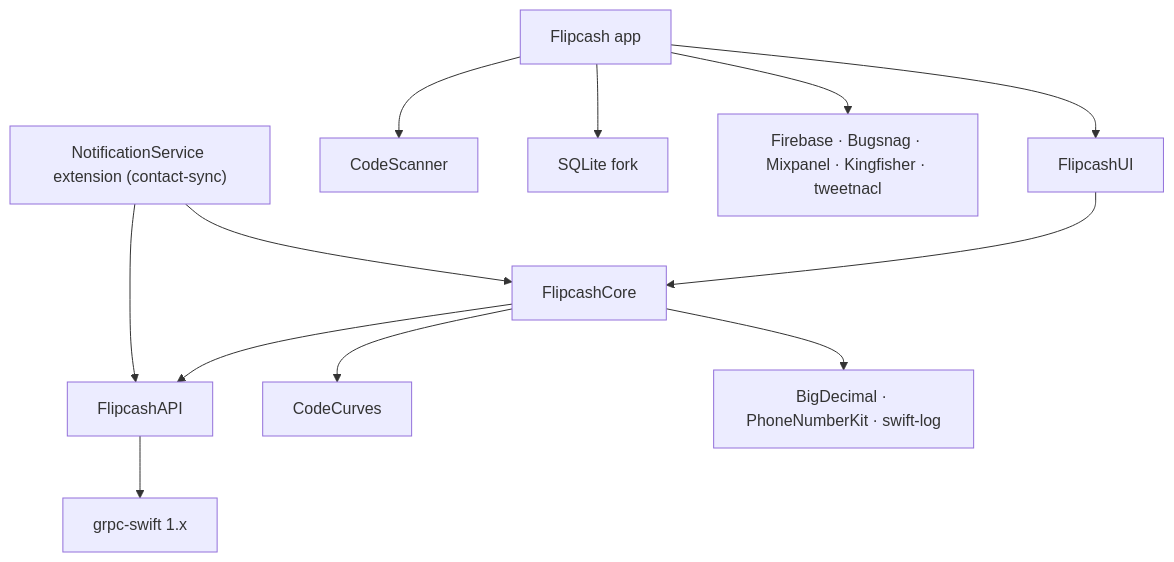
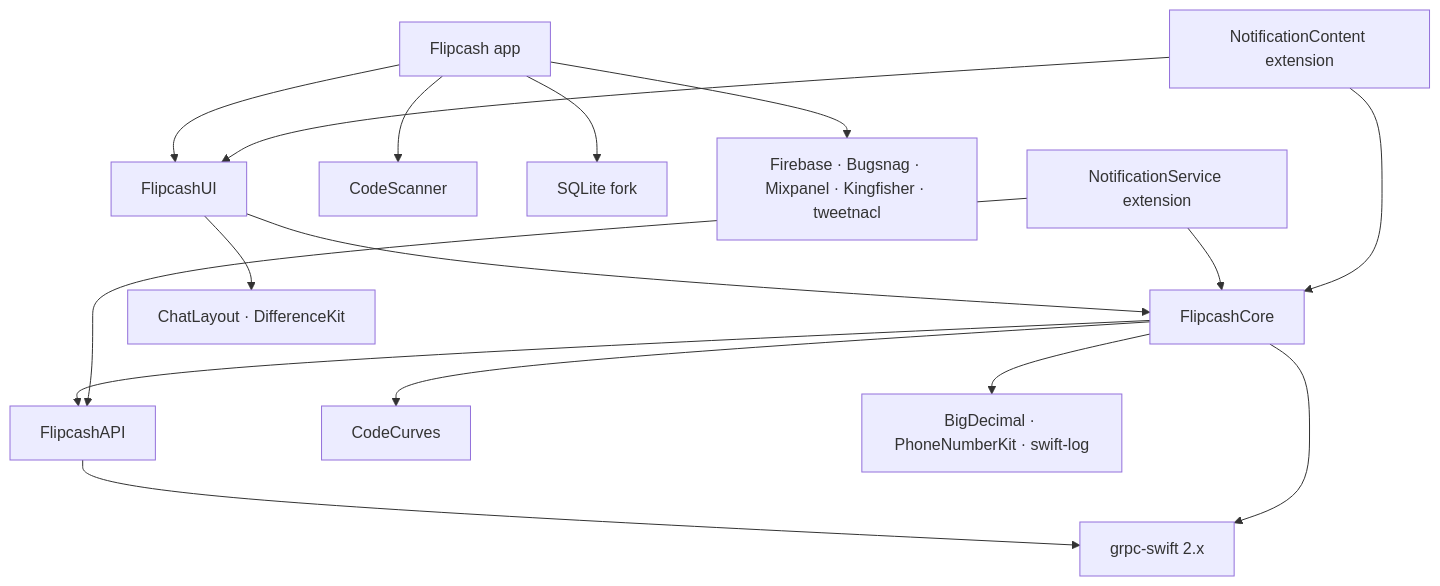
Before and after one commit to code-payments/code-ios-app: the diagram in docs/architecture/01-modules-and-boundaries.md, drawn with Mermaid. The commit also changed other lines of this file and 13 other files, not shown here.

First line of the commit message:
docs: refresh for gRPC v2, chat, and merged contact-sync

````diff
--- a/docs/architecture/01-modules-and-boundaries.md
+++ b/docs/architecture/01-modules-and-boundaries.md
@@ -22,14 +23,18 @@
 ```mermaid
 graph TD
     App["Flipcash app"] --> UI["FlipcashUI"]
     App --> Scanner["CodeScanner"]
     App --> SQLite["SQLite fork"]
     App --> SDKs["Firebase · Bugsnag · Mixpanel · Kingfisher · tweetnacl"]
     UI --> Core["FlipcashCore"]
+    UI --> ChatLibs["ChatLayout · DifferenceKit"]
     Core --> API["FlipcashAPI"]
     Core --> Curves["CodeCurves"]
     Core --> Libs["BigDecimal · PhoneNumberKit · swift-log"]
-    API --> gRPC["grpc-swift 1.x"]
-    Ext["NotificationService extension (contact-sync)"] --> Core
-    Ext --> API
+    API --> gRPC["grpc-swift 2.x"]
+    Core --> gRPC
+    NSE["NotificationService extension"] --> Core
+    NSE --> API
+    NCE["NotificationContent extension"] --> Core
+    NCE --> UI
 ```
````
